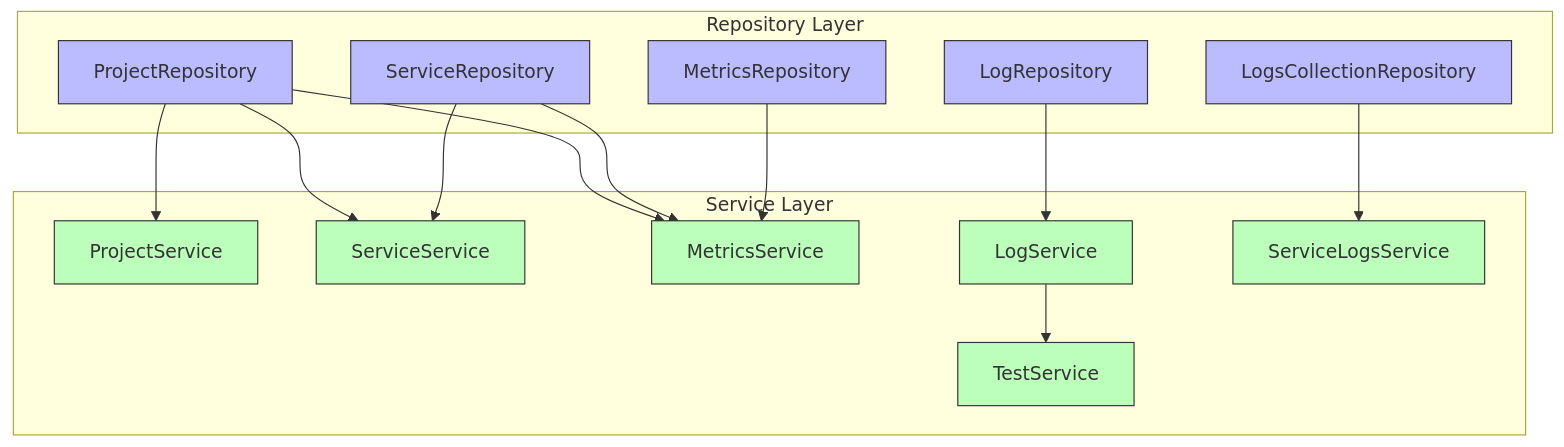
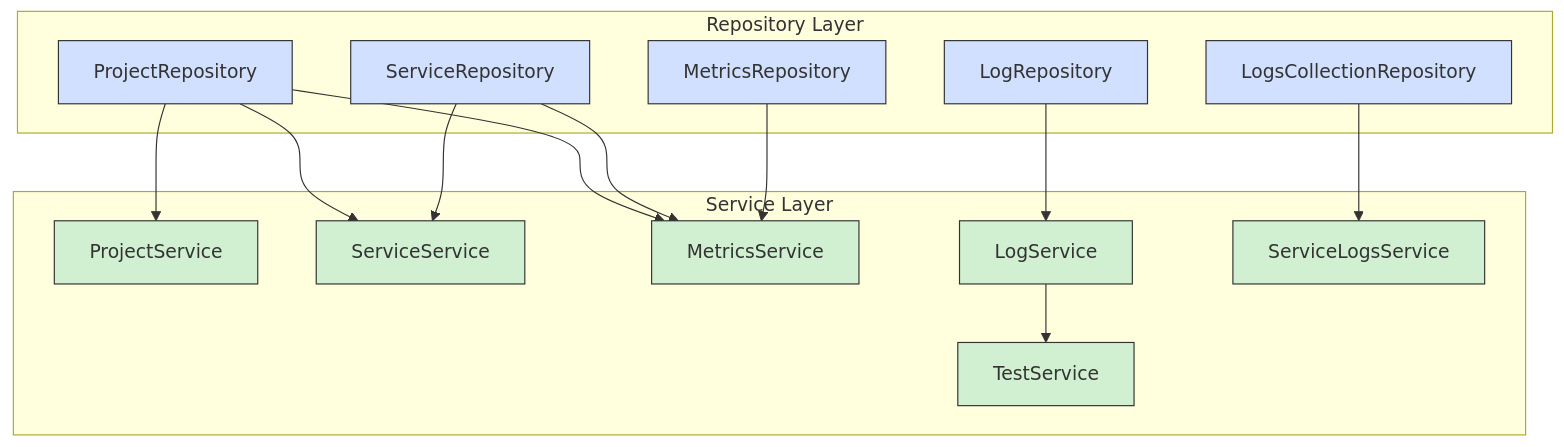
Before and after one commit to siriknikita/poly-micro-backend: the second of 3 diagrams in docs/architecture.md, drawn with Mermaid. The commit also changed other lines of this file, not shown here.

Commit message:
docs: Update architecture docs

````diff
--- a/docs/architecture.md
+++ b/docs/architecture.md
@@ -211,42 +244,42 @@
 ```mermaid
 graph TD
     %% Repository dependencies
     PR[ProjectRepository] --> PS[ProjectService]
     PR --> SS[ServiceService]
     PR --> MS[MetricsService]
     
     SR[ServiceRepository] --> SS
     SR --> MS
     
     LR[LogRepository] --> LS[LogService]
     
     MR[MetricsRepository] --> MS
     
     LCR[LogsCollectionRepository] --> SLS[ServiceLogsService]
     
     %% Service dependencies
     LS --> TS[TestService]
     
     subgraph Repository Layer
         PR
         SR
         LR
         MR
         LCR
     end
     
     subgraph Service Layer
         PS
         SS
         LS
         MS
         SLS
         TS
     end
     
-    classDef repository fill:#bbf,stroke:#333,stroke-width:1px
-    classDef service fill:#bfb,stroke:#333,stroke-width:1px
+    classDef repository fill:#d1e0ff,stroke:#333,stroke-width:1px
+    classDef service fill:#d1f0d1,stroke:#333,stroke-width:1px
     
     class PR,SR,LR,MR,LCR repository
     class PS,SS,LS,MS,SLS,TS service
 ```
````
